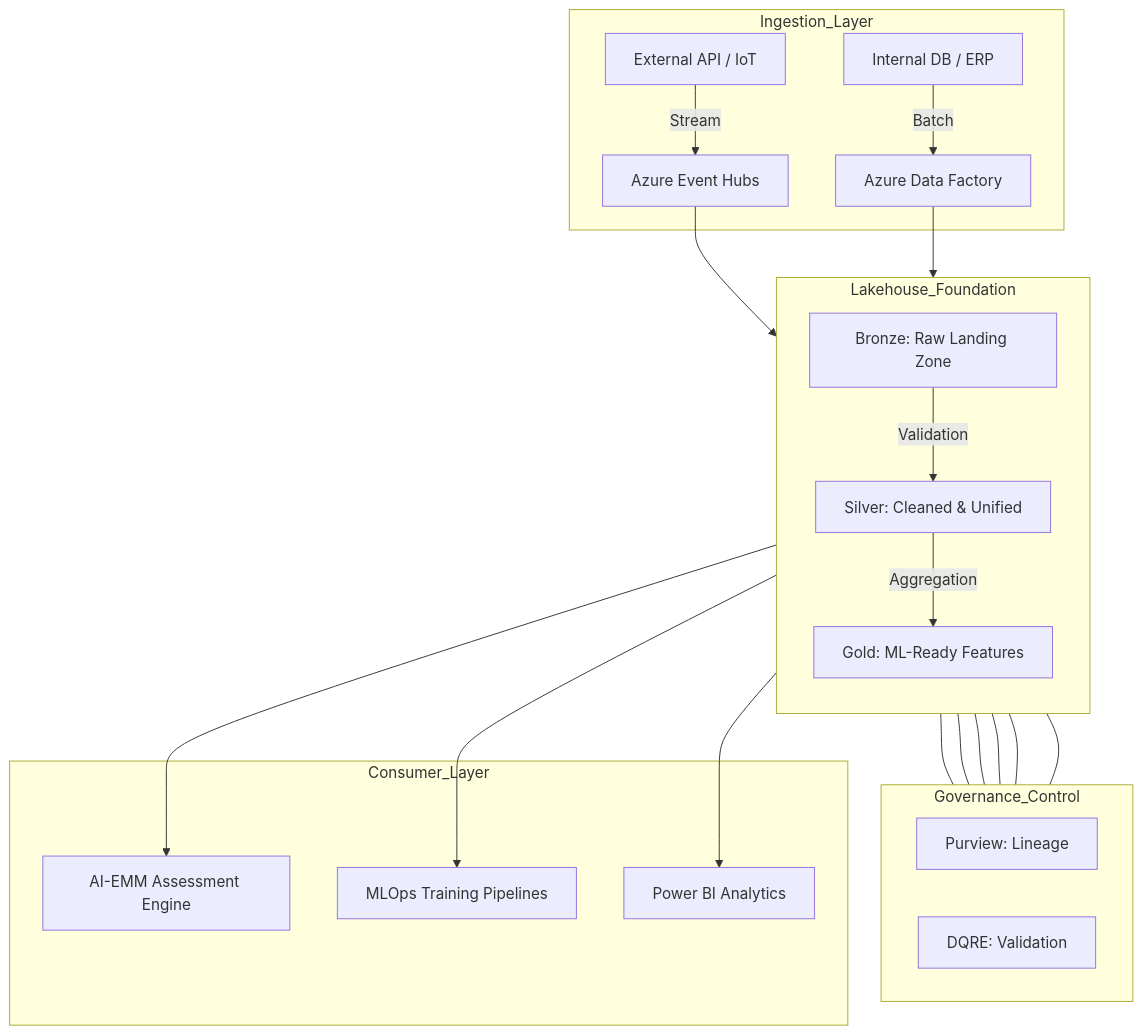
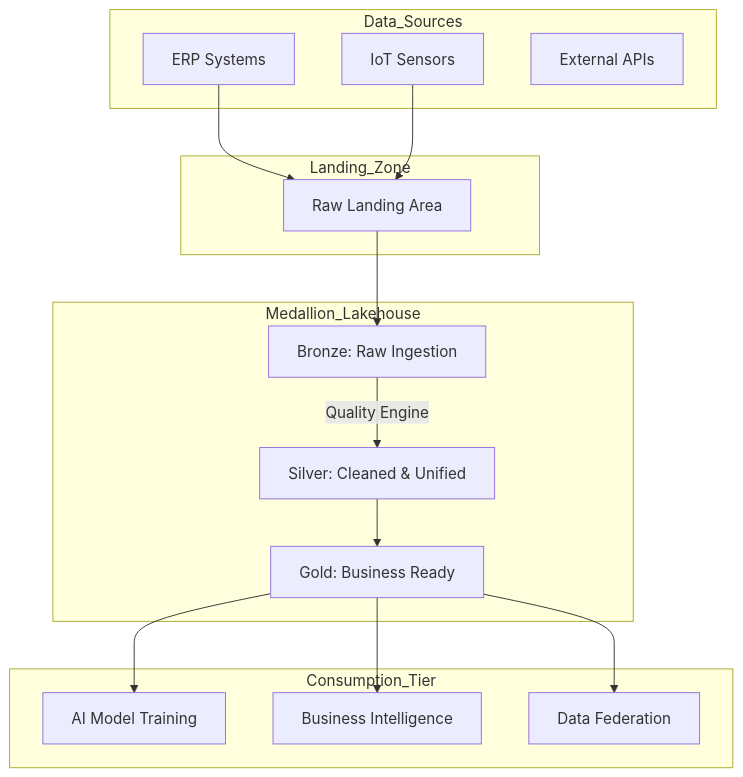
The first of 4 diagrams in README.md (Devopstrio/enterprise-data-platform-accelerator), drawn with Mermaid before and after one commit. The commit also changed other lines of this file, not shown here.

Commit message:
docs: professional architectural elevation - medallion lakehouse & dqre workflows

````diff
--- a/README.md
+++ b/README.md
@@ -39,26 +37,32 @@
 ```mermaid
 graph TD
-    subgraph Ingestion_Layer
-        A[External API / IoT] -->|Stream| B[Azure Event Hubs]
-        C[Internal DB / ERP] -->|Batch| D[Azure Data Factory]
+    subgraph Data_Sources
+        ERP[ERP Systems]
+        IOT[IoT Sensors]
+        API[External APIs]
     end
     
-    subgraph Lakehouse_Foundation
-        direction TB
-        B & D --> L1[Bronze: Raw Landing Zone]
-        L1 -->|Validation| L2[Silver: Cleaned & Unified]
-        L2 -->|Aggregation| L3[Gold: ML-Ready Features]
+    subgraph Landing_Zone
+        L[Raw Landing Area]
+        ERP --> L
+        IOT --> L
     end
     
-    subgraph Governance_Control
-        direction LR
-        L1 & L2 & L3 --- G1[Purview: Lineage]
-        L1 & L2 & L3 --- G2[DQRE: Validation]
+    subgraph Medallion_Lakehouse
+        B[Bronze: Raw Ingestion]
+        S[Silver: Cleaned & Unified]
+        G[Gold: Business Ready]
+        L --> B
+        B -->|Quality Engine| S
+        S --> G
     end
     
-    subgraph Consumer_Layer
-        L3 --> AI[AI-EMM Assessment Engine]
-        L3 --> ML[MLOps Training Pipelines]
-        L3 --> BI[Power BI Analytics]
+    subgraph Consumption_Tier
+        AI[AI Model Training]
+        BI[Business Intelligence]
+        FED[Data Federation]
+        G --> AI
+        G --> BI
+        G --> FED
     end
 ```
````
